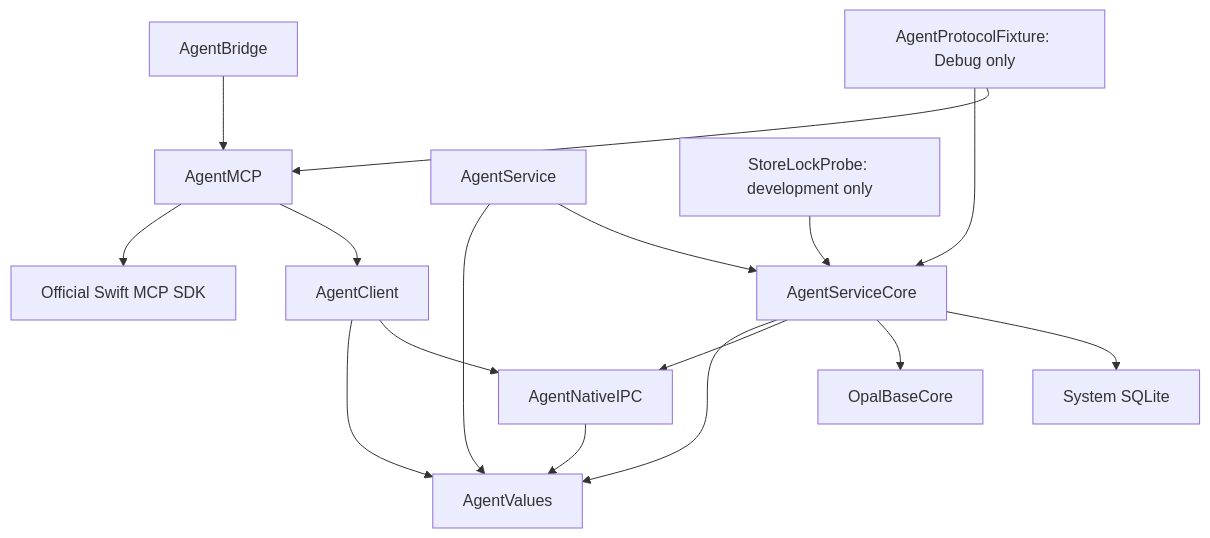
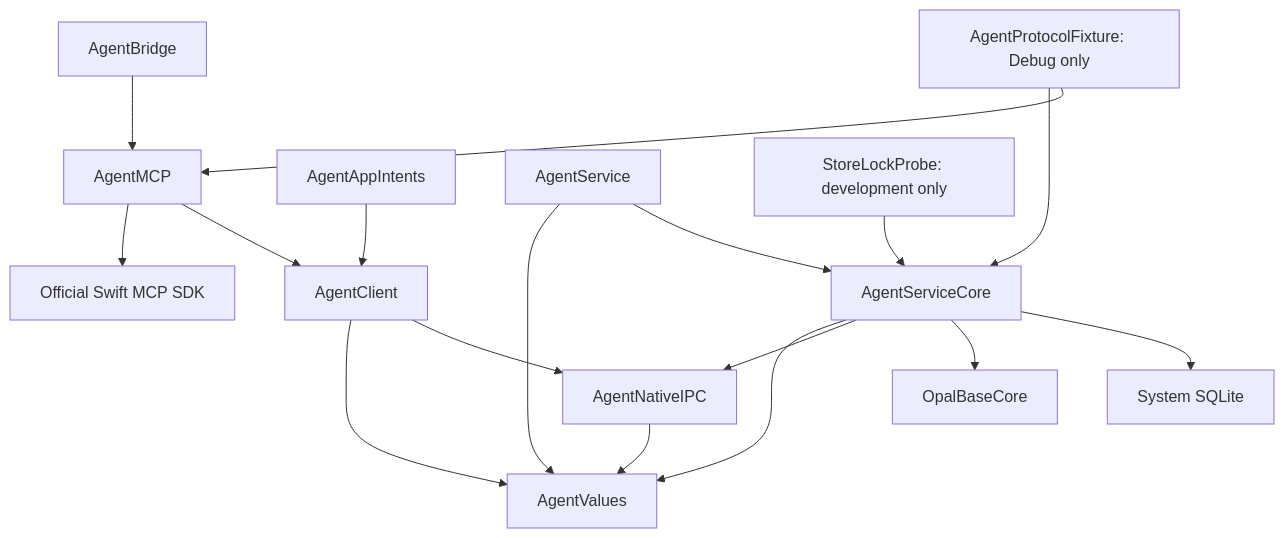
The first of 3 diagrams in Documentation/Architecture.md (58opals/OpalAgent), drawn with Mermaid before and after one commit. The commit also changed other lines of this file and 55 other files, not shown here.

First line of the commit message:
feat(automation): add Mac Agent intent adapter

````diff
--- a/Documentation/Architecture.md
+++ b/Documentation/Architecture.md
@@ -7,18 +7,19 @@
 ```mermaid
 flowchart TD
     Bridge[AgentBridge] --> MCPAdapter[AgentMCP]
     MCPAdapter --> SDK[Official Swift MCP SDK]
     MCPAdapter --> Client[AgentClient]
+    AppleAdapter[AgentAppIntents] --> Client
     Client --> Values[AgentValues]
     Client --> IPC[AgentNativeIPC]
     IPC --> Values
     Service[AgentService] --> Values
     Service --> Core[AgentServiceCore]
     Core --> Values
     Core --> IPC
     Core --> BCH[OpalBaseCore]
     Core --> SQL[System SQLite]
     Fixture[AgentProtocolFixture: Debug only] --> Core
     Fixture --> MCPAdapter
     Probe[StoreLockProbe: development only] --> Core
 ```
````
